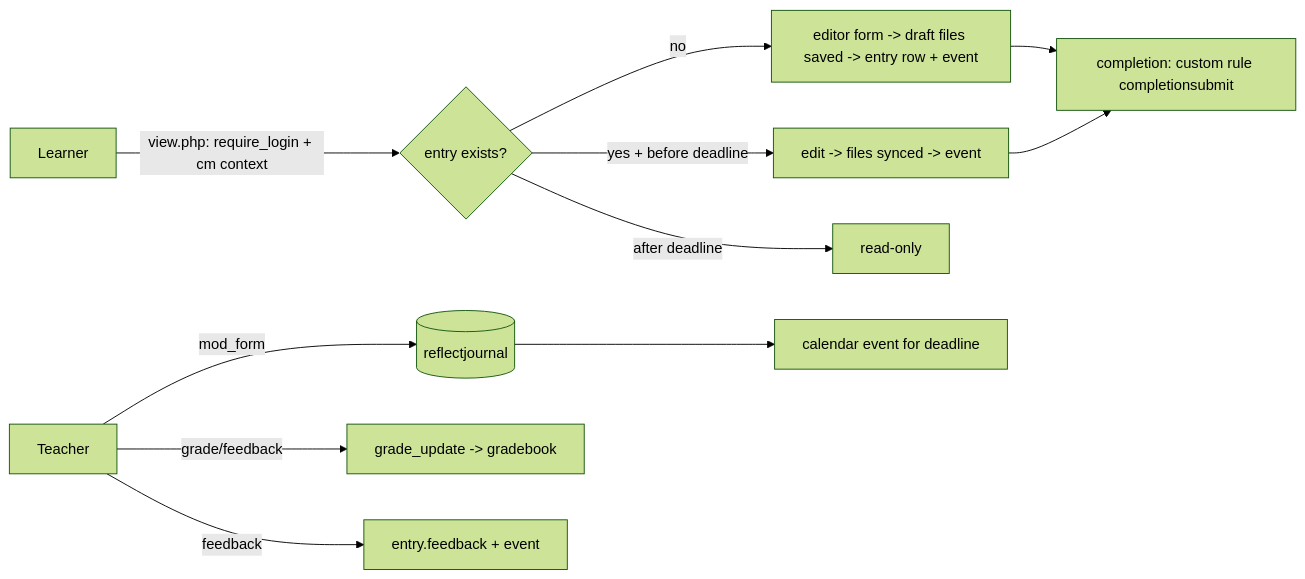
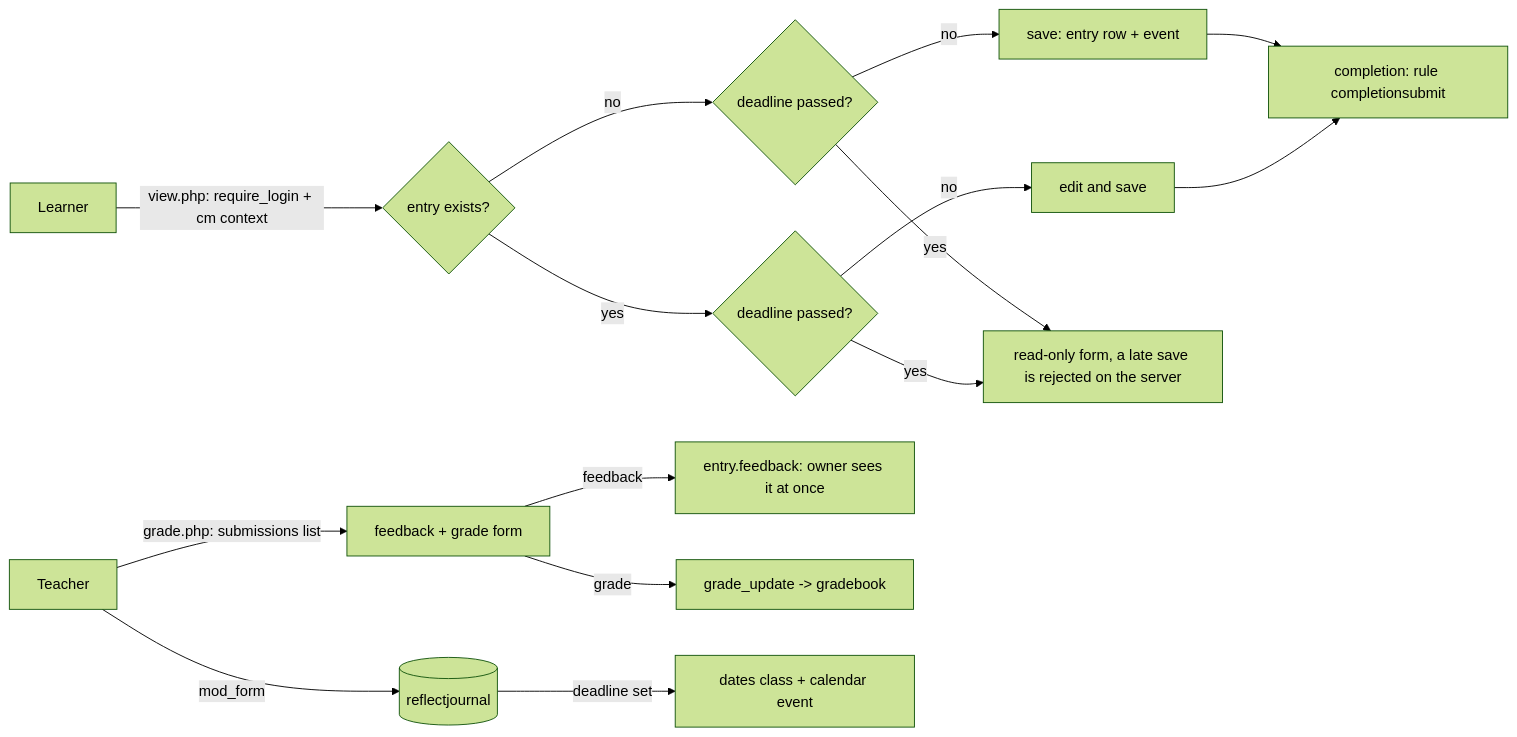
Before and after one commit to jeius/moodle-mod_reflectjournal: the diagram in docs/architecture.md, drawn with Mermaid (forest theme). The commit also changed other lines of this file and 4 other files, not shown here.

First line of the commit message:
docs: approve architecture round 3; add ADR-0007/0008; PRD rulings

````diff
--- a/docs/architecture.md
+++ b/docs/architecture.md
@@ -98,12 +359,16 @@
 ```mermaid
 flowchart LR
     T[Teacher] -- mod_form --> A[(reflectjournal)]
     L[Learner] -- view.php: require_login + cm context --> V{entry exists?}
-    V -- no --> E1[editor form -> draft files saved -> entry row + event]
-    V -- yes + before deadline --> E2[edit -> files synced -> event]
-    V -- after deadline --> LOCK[read-only]
-    T -- grade/feedback --> G[grade_update -> gradebook]
-    T -- feedback --> F[entry.feedback + event]
-    E1 & E2 --> C[completion: custom rule completionsubmit]
-    A --> CAL[calendar event for deadline]
+    V -- no --> D1{deadline passed?}
+    D1 -- no --> E1[save: entry row + event]
+    V -- yes --> D2{deadline passed?}
+    D2 -- no --> E2[edit and save]
+    D1 -- yes --> R[read-only form, a late save is rejected on the server]
+    D2 -- yes --> R
+    E1 & E2 --> C[completion: rule completionsubmit]
+    T -- grade.php: submissions list --> S[feedback + grade form]
+    S -- feedback --> F[entry.feedback: owner sees it at once]
+    S -- grade --> G[grade_update -> gradebook]
+    A -- deadline set --> D[dates class + calendar event]
 ```
````
